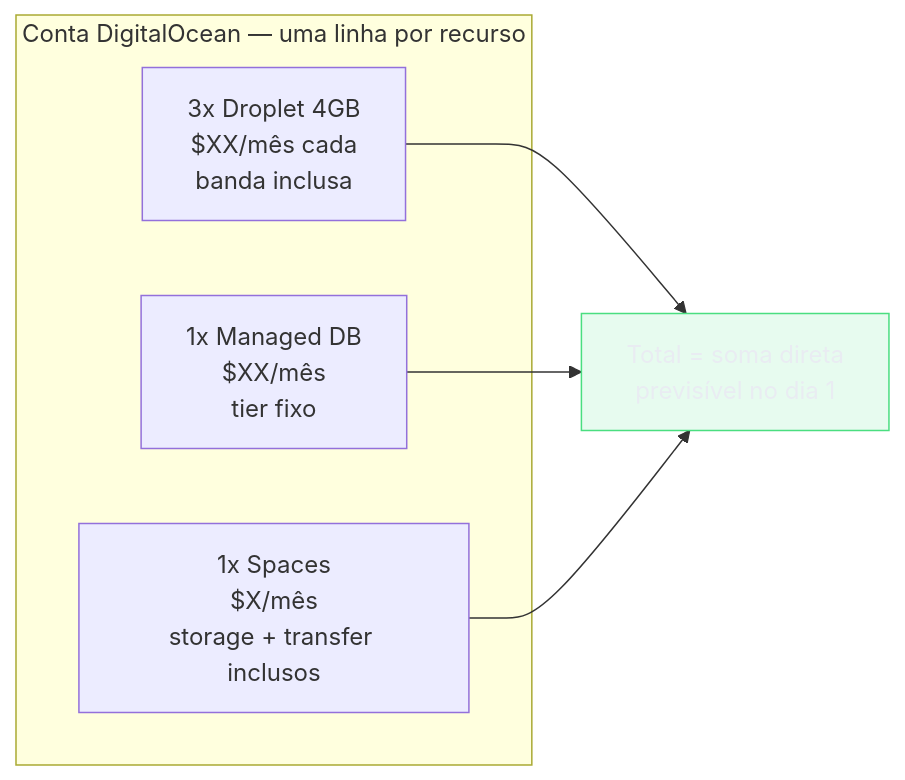
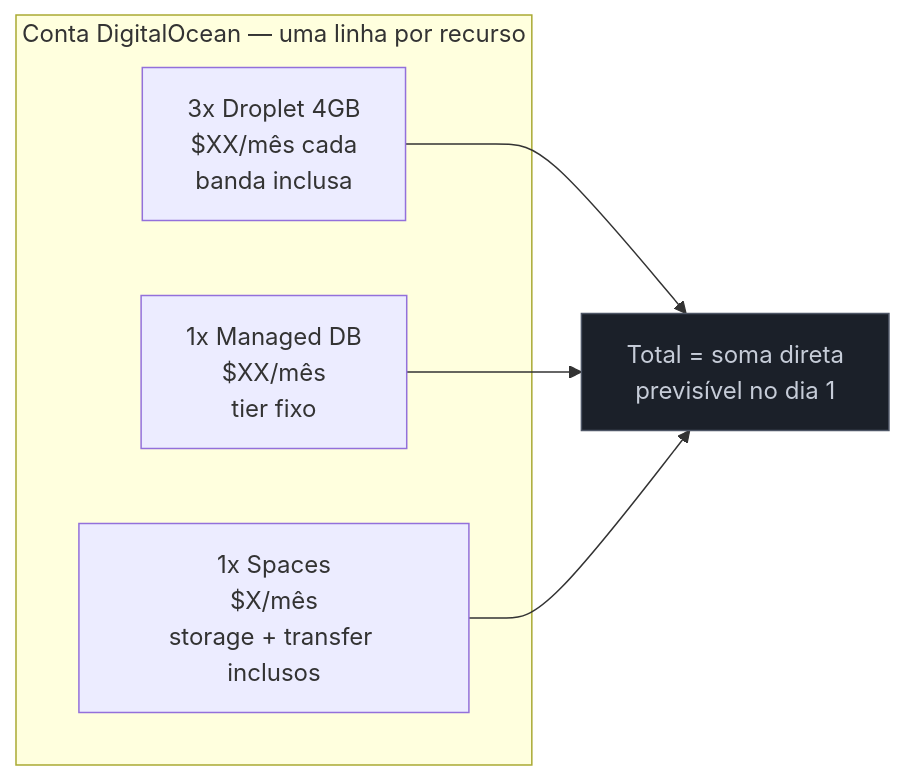
Before and after one commit to josenaldo/codex-technomanticus: the first of 4 diagrams in 03-Dominios/Tecnologia/Cloud/22 - DigitalOcean a fundo/03 - Pricing previsível como diferencial.md, drawn with Mermaid. The commit also changed other lines of this file and 601 other files, not shown here.

````diff
--- a/03-Dominios/Tecnologia/Cloud/22 - DigitalOcean a fundo/03 - Pricing previsível como diferencial.md
+++ b/03-Dominios/Tecnologia/Cloud/22 - DigitalOcean a fundo/03 - Pricing previsível como diferencial.md
@@ -47,14 +47,14 @@
 ```mermaid
 flowchart LR
-    classDef ok fill:#4ADE8021,stroke:#4ADE80,color:#E9ECF2
+    classDef neutro fill:#1B2029,stroke:#4E5666,color:#C6CCD8
     subgraph DO["Conta DigitalOcean — uma linha por recurso"]
         D1["3x Droplet 4GB<br/>$XX/mês cada<br/>banda inclusa"]
         D2["1x Managed DB<br/>$XX/mês<br/>tier fixo"]
         D3["1x Spaces<br/>$X/mês<br/>storage + transfer inclusos"]
     end
     D1 --> T["Total = soma direta<br/>previsível no dia 1"]
     D2 --> T
     D3 --> T
 
-    class T ok
+    class T neutro
 ```
````
